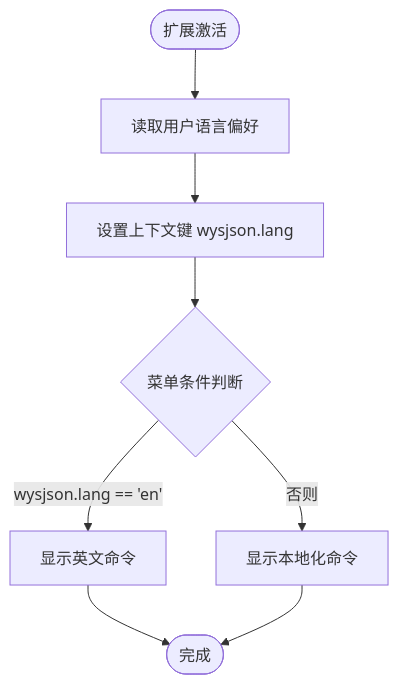
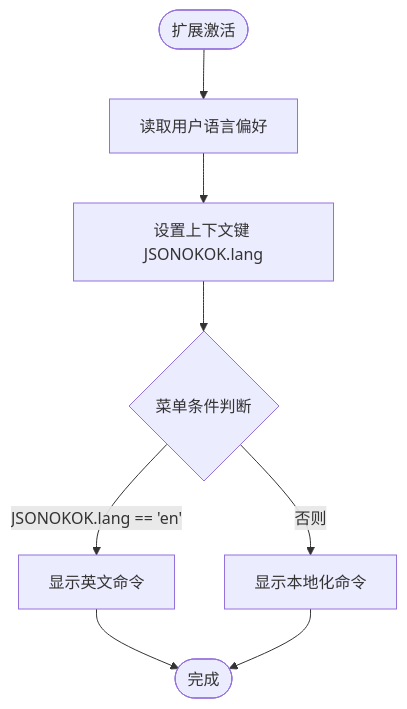
Before and after one commit to meiok1/wysjson: the third of 7 diagrams in .qoder/repowiki/zh/content/Webview 界面系统/国际化支持.md, drawn with Mermaid. The commit also changed other lines of this file and 390 other files, not shown here.

````diff
--- a/.qoder/repowiki/zh/content/Webview 界面系统/国际化支持.md
+++ b/.qoder/repowiki/zh/content/Webview 界面系统/国际化支持.md
@@ -117,10 +124,10 @@
 ```mermaid
 flowchart TD
 Start(["扩展激活"]) --> ReadPref["读取用户语言偏好"]
-ReadPref --> SetCtx["设置上下文键 wysjson.lang"]
+ReadPref --> SetCtx["设置上下文键 JSONOKOK.lang"]
 SetCtx --> MenuCheck{"菜单条件判断"}
-MenuCheck --> |wysjson.lang == 'en'| ShowEn["显示英文命令"]
+MenuCheck --> |JSONOKOK.lang == 'en'| ShowEn["显示英文命令"]
 MenuCheck --> |否则| ShowLoc["显示本地化命令"]
 ShowEn --> End(["完成"])
 ShowLoc --> End
 ```
````
